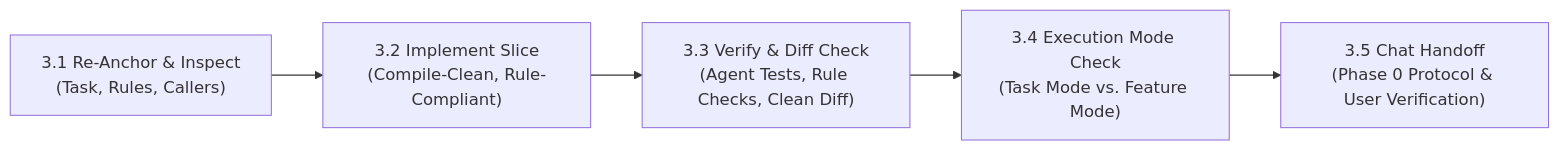
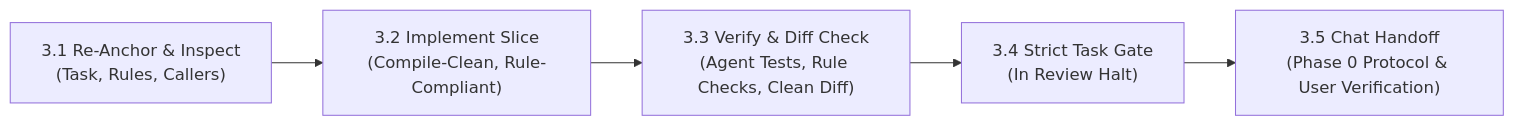
The diagram in .agents/skills/lifecycle-build/SKILL.md (techoshik/skills), drawn with Mermaid before and after one commit. The commit also changed other lines of this file and 6 other files, not shown here.

Commit message:
refactor: update lifecycle agent skills and architectural rules for strict task execution

````diff
--- a/.agents/skills/lifecycle-build/SKILL.md
+++ b/.agents/skills/lifecycle-build/SKILL.md
@@ -42,7 +40,7 @@
 ```mermaid
 flowchart LR
     S1["3.1 Re-Anchor & Inspect\n(Task, Rules, Callers)"] --> S2["3.2 Implement Slice\n(Compile-Clean, Rule-Compliant)"]
     S2 --> S3["3.3 Verify & Diff Check\n(Agent Tests, Rule Checks, Clean Diff)"]
-    S3 --> S4["3.4 Execution Mode Check\n(Task Mode vs. Feature Mode)"]
+    S3 --> S4["3.4 Strict Task Gate\n(In Review Halt)"]
     S4 --> S5["3.5 Chat Handoff\n(Phase 0 Protocol & User Verification)"]
 ```
````
